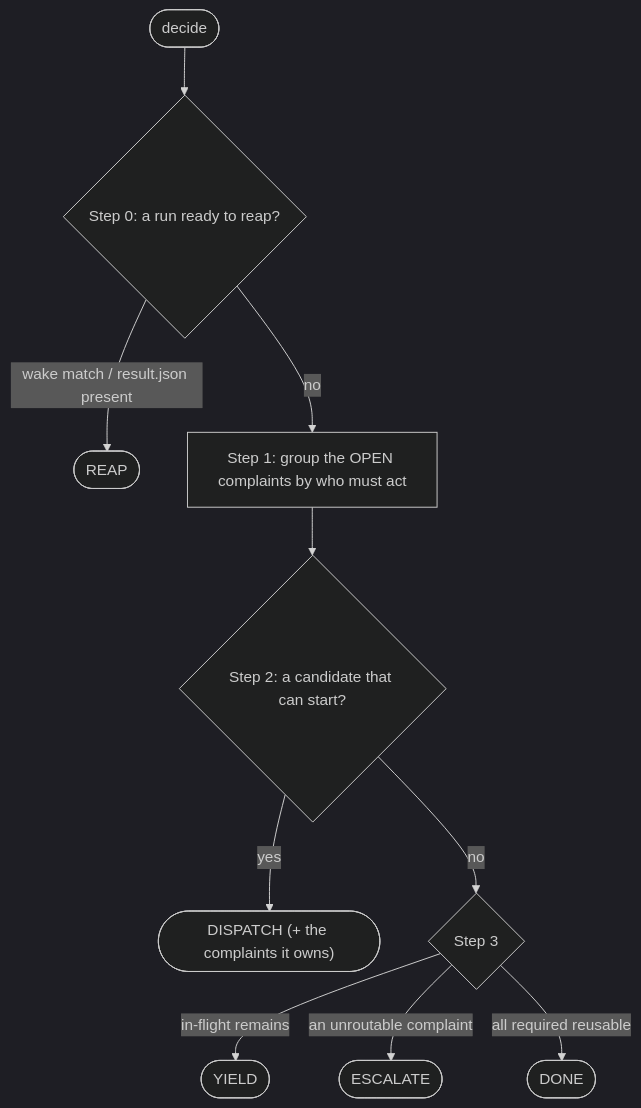
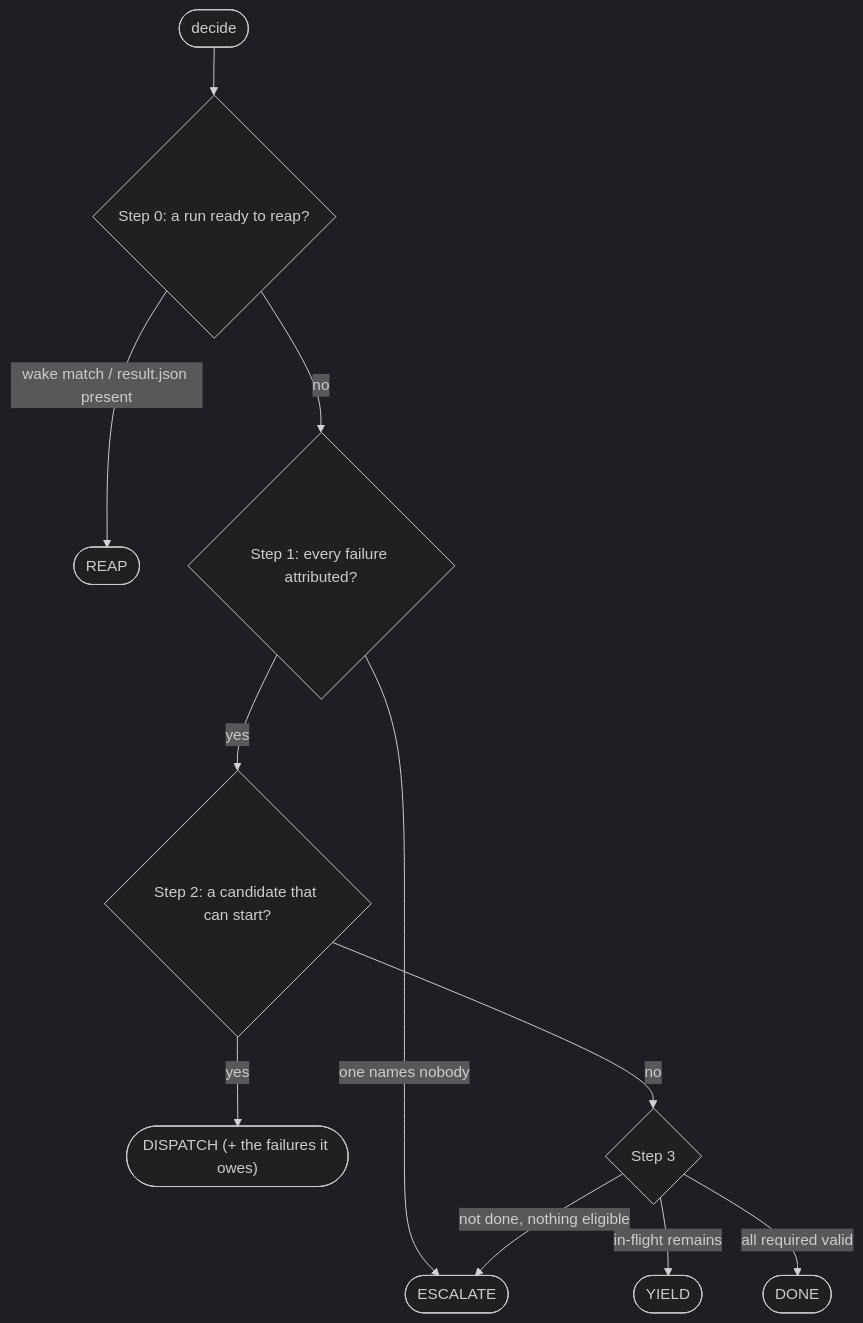
One commit to chipweaver/veripower changed the diagram in ARCHITECTURE.md. Above: the diagram before and after it, drawn with Mermaid (dark theme). The commit also changed other lines of this file and 1 other file, not shown here.

````diff
--- a/ARCHITECTURE.md
+++ b/ARCHITECTURE.md
@@ -324,12 +324,13 @@
 ```mermaid
 flowchart TD
     W(["decide"]) --> S0{"Step 0: a run ready to reap?"}
     S0 -- "wake match / result.json present" --> RP(["REAP"])
-    S0 -- no --> S1["Step 1: group the OPEN complaints by who must act"]
-    S1 --> S2{"Step 2: a candidate that can start?"}
-    S2 -- yes --> DSP(["DISPATCH (+ the complaints it owns)"])
+    S0 -- no --> S1{"Step 1: every failure attributed?"}
+    S1 -- "one names nobody" --> ESC(["ESCALATE"])
+    S1 -- yes --> S2{"Step 2: a candidate that can start?"}
+    S2 -- yes --> DSP(["DISPATCH (+ the failures it owes)"])
     S2 -- no --> S3{"Step 3"}
     S3 -- "in-flight remains" --> Y(["YIELD"])
-    S3 -- "an unroutable complaint" --> ESC(["ESCALATE"])
-    S3 -- "all required reusable" --> DONE(["DONE"])
+    S3 -- "not done, nothing eligible" --> ESC
+    S3 -- "all required valid" --> DONE(["DONE"])
 ```
````
